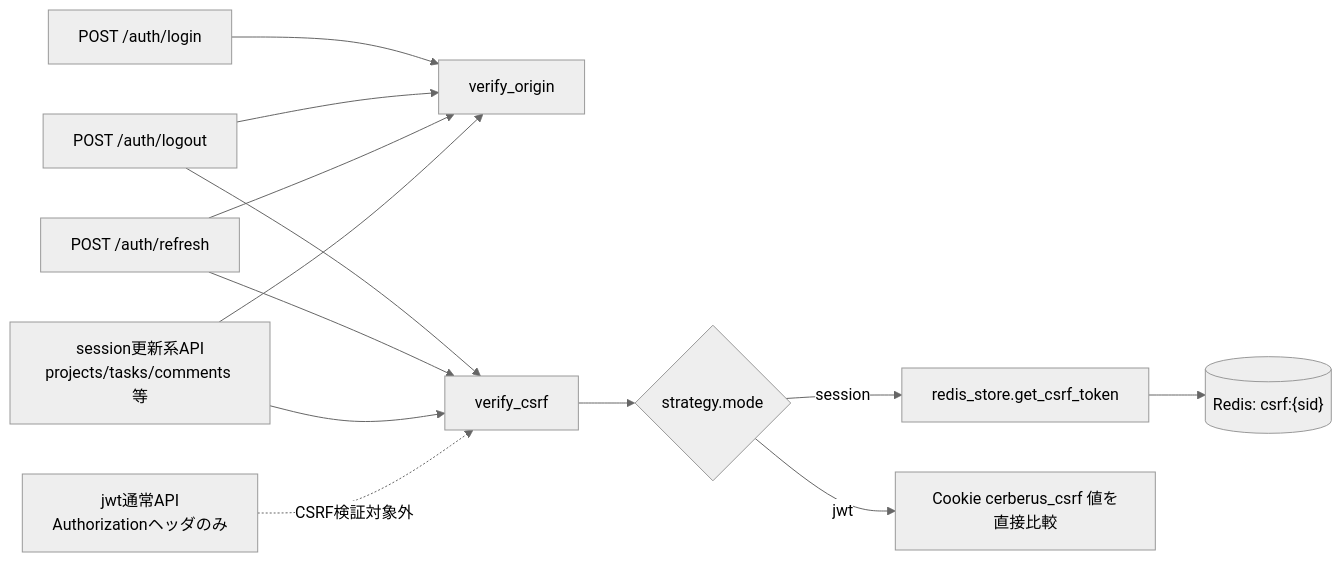
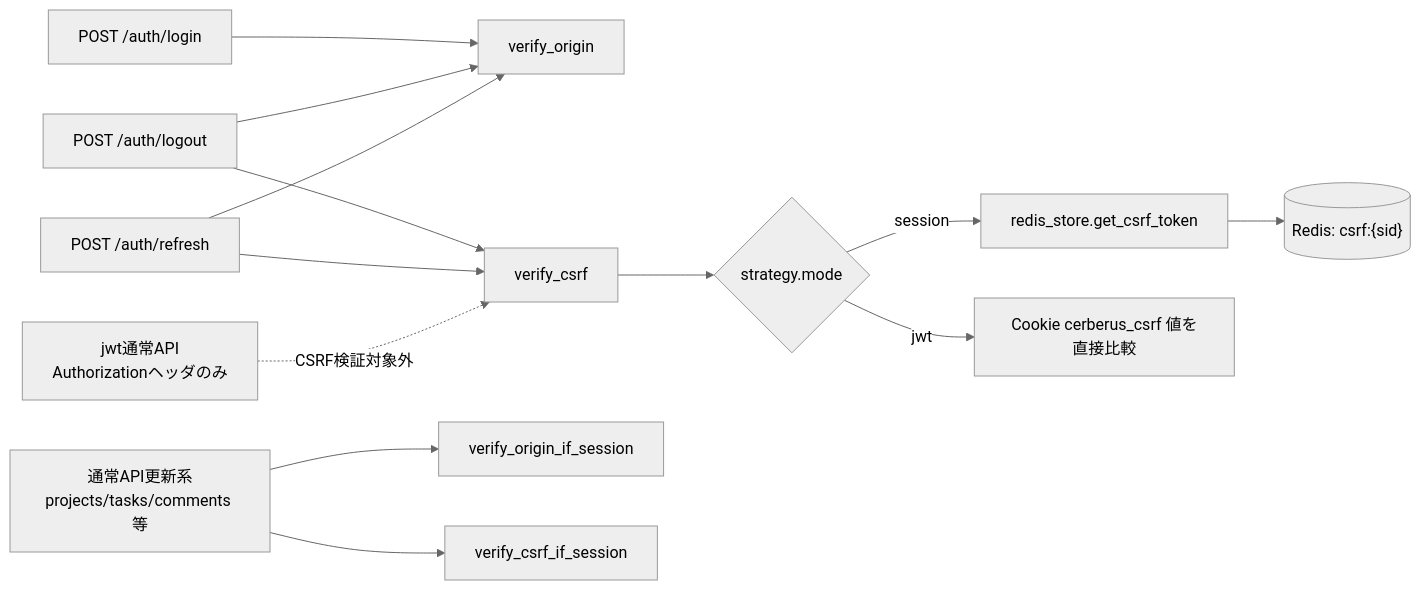
The fifth of 5 diagrams in docs/detailed_design/auth/03_csrf.md (oikawa-d/task_management), drawn with Mermaid (neutral theme) before and after one commit. The commit also changed other lines of this file and 31 other files, not shown here.

````diff
--- a/docs/detailed_design/auth/03_csrf.md
+++ b/docs/detailed_design/auth/03_csrf.md
@@ -201,17 +213,17 @@
 ```mermaid
 flowchart LR
     ROUTER_LOGIN["POST /auth/login"] --> VO["verify_origin"]
     ROUTER_LOGOUT["POST /auth/logout"] --> VO
     ROUTER_LOGOUT --> VC["verify_csrf"]
     ROUTER_REFRESH["POST /auth/refresh"] --> VO
     ROUTER_REFRESH --> VC
-    ROUTER_SESSION_WRITE["session更新系API<br/>projects/tasks/comments 等"] --> VO
-    ROUTER_SESSION_WRITE --> VC
+    ROUTER_SESSION_WRITE["通常API更新系<br/>projects/tasks/comments 等"] --> VO_SESSION["verify_origin_if_session"]
+    ROUTER_SESSION_WRITE --> VC_SESSION["verify_csrf_if_session"]
 
     VC --> STRATEGY{"strategy.mode"}
     STRATEGY -->|"session"| STORE["redis_store.get_csrf_token"]
     STRATEGY -->|"jwt"| COOKIE["Cookie cerberus_csrf 値を直接比較"]
     STORE --> RD[("Redis: csrf:{sid}")]
 
     ROUTER_JWT_NORMAL["jwt通常API<br/>Authorizationヘッダのみ"] -.CSRF検証対象外.-> VC
 ```
````
